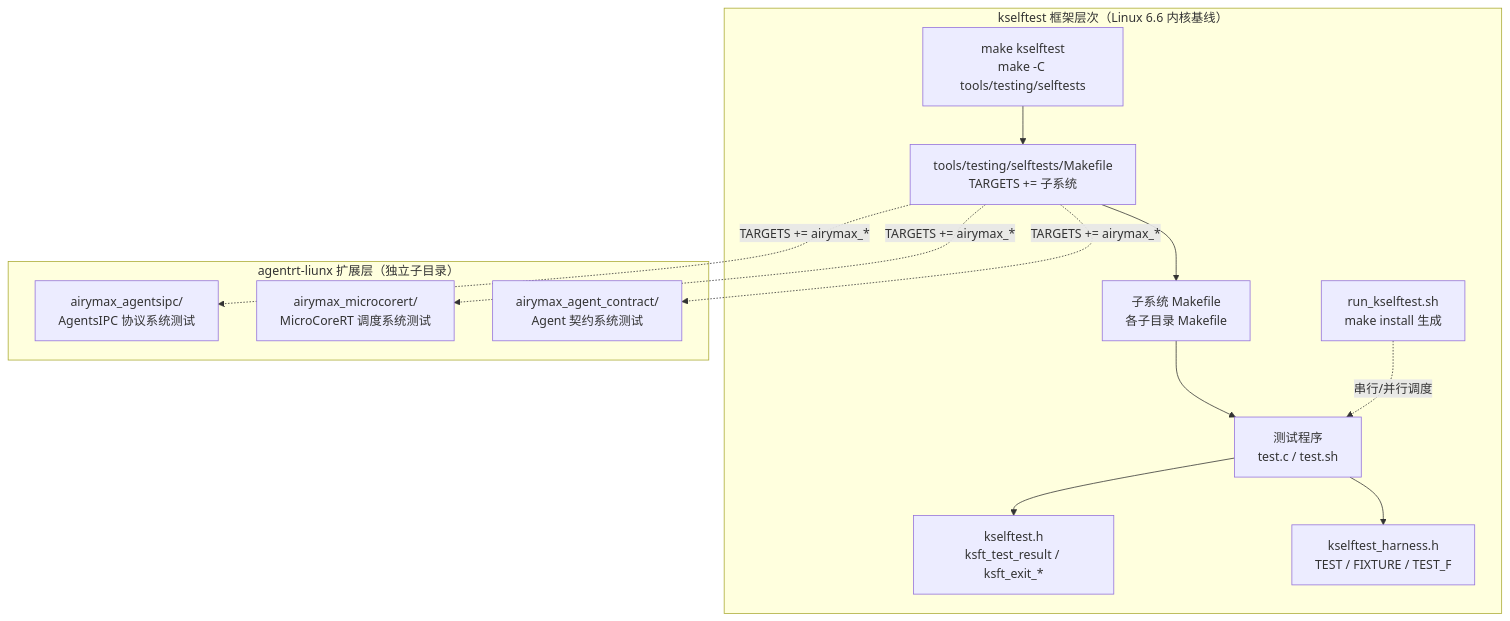
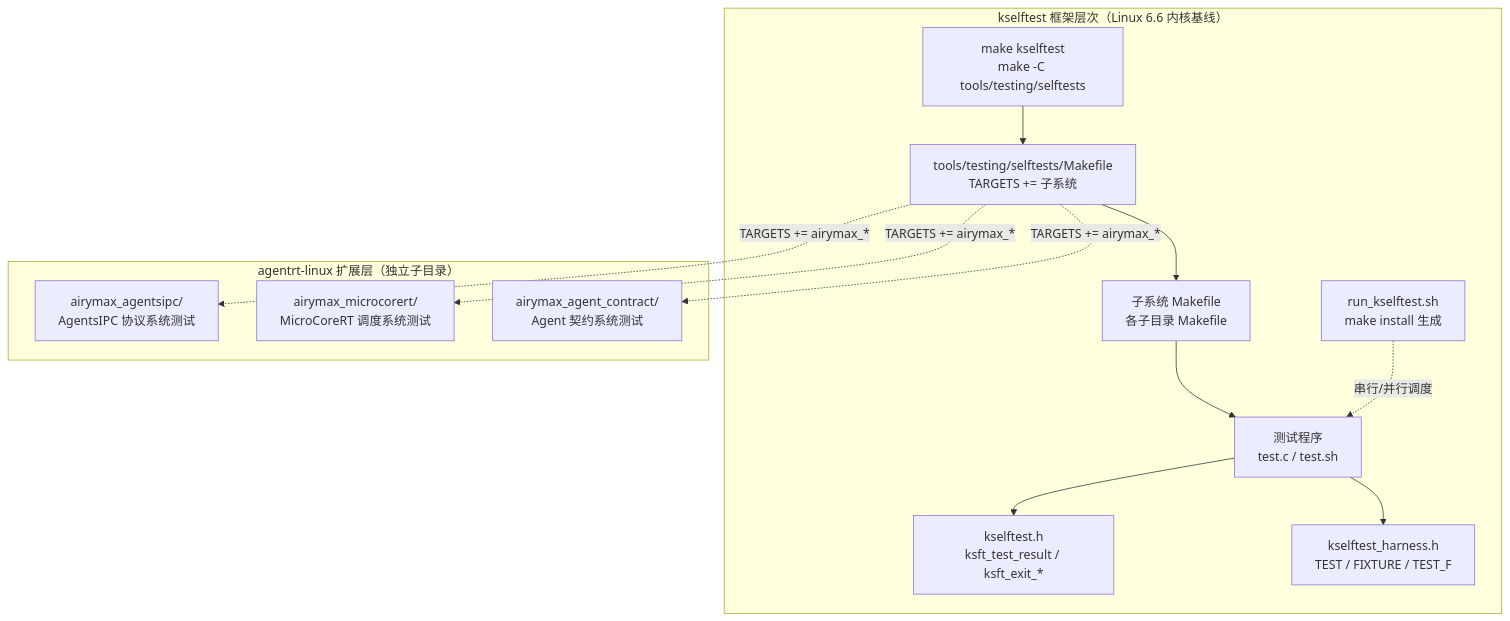
Before and after one commit to openairymax/docs-linux: the first of 2 diagrams in 80-testing/02-kselftest.md, drawn with Mermaid. The commit also changed other lines of this file and 125 other files, not shown here.

````diff
--- a/80-testing/02-kselftest.md
+++ b/80-testing/02-kselftest.md
@@ -47,24 +47,24 @@
 ```mermaid
 flowchart TB
     subgraph "kselftest 框架层次（Linux 6.6 内核基线）"
         A["make kselftest<br/>make -C tools/testing/selftests"]
         B["tools/testing/selftests/Makefile<br/>TARGETS += 子系统"]
         C["子系统 Makefile<br/>各子目录 Makefile"]
         D["测试程序<br/>test.c / test.sh"]
         E["kselftest.h<br/>ksft_test_result / ksft_exit_*"]
         F["kselftest_harness.h<br/>TEST / FIXTURE / TEST_F"]
         G["run_kselftest.sh<br/>make install 生成"]
     end
     A --> B --> C --> D
     D --> E
     D --> F
     G -.->|串行/并行调度| D
-    subgraph "agentrt-liunx 扩展层（独立子目录）"
+    subgraph "agentrt-linux 扩展层（独立子目录）"
         H["airymax_agentsipc/<br/>AgentsIPC 协议系统测试"]
         I["airymax_microcorert/<br/>MicroCoreRT 调度系统测试"]
         J["airymax_agent_contract/<br/>Agent 契约系统测试"]
     end
     B -.->|TARGETS += airymax_*| H
     B -.->|TARGETS += airymax_*| I
     B -.->|TARGETS += airymax_*| J
 ```
````
